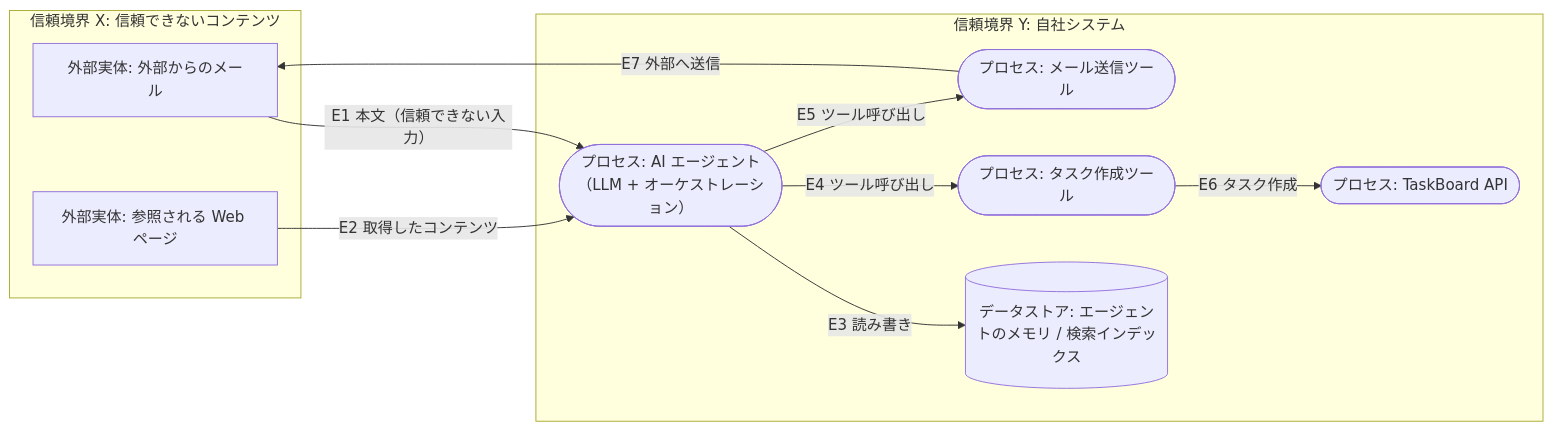
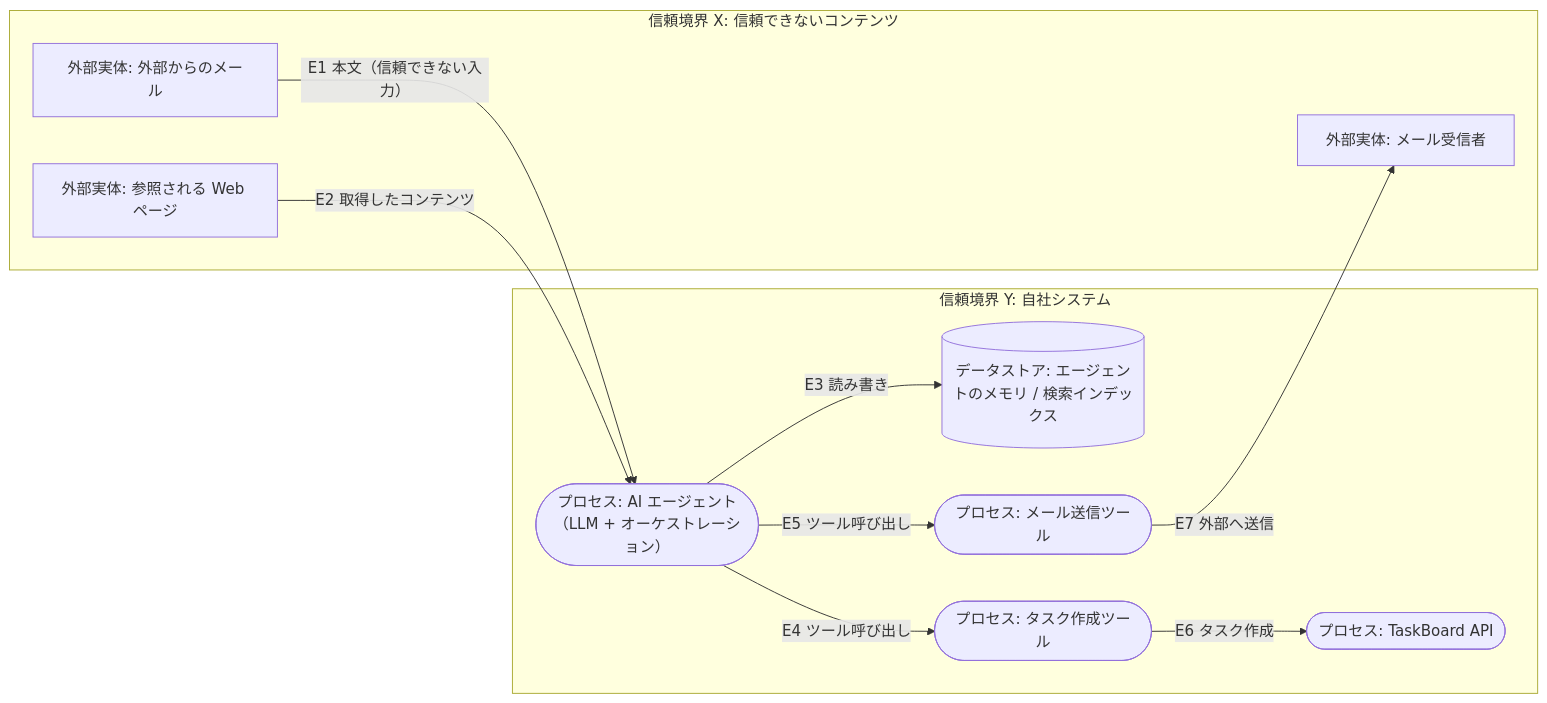
The eighth of 9 diagrams in Threat-modeling-guide.md (myoshi2891/Security_Studies), drawn with Mermaid before and after one commit. The commit also changed 1 other file, not shown here.

Commit message:
docs(threat-modeling): AI外部実体（メール受信者）の整理およびJWT/OIDCライブラリ記述の精緻化

````diff
--- a/Threat-modeling-guide.md
+++ b/Threat-modeling-guide.md
@@ -808,23 +808,24 @@
 ```mermaid
 flowchart LR
     subgraph TBX["信頼境界 X: 信頼できないコンテンツ"]
         EM["外部実体: 外部からのメール"]
         WEB["外部実体: 参照される Web ページ"]
+        RCPT["外部実体: メール受信者"]
     end
 
     subgraph TBY["信頼境界 Y: 自社システム"]
         AG(["プロセス: AI エージェント<br/>（LLM + オーケストレーション）"])
         MEM[("データストア: エージェントのメモリ / 検索インデックス")]
         TL1(["プロセス: タスク作成ツール"])
         TL2(["プロセス: メール送信ツール"])
         API(["プロセス: TaskBoard API"])
     end
 
     EM -->|"E1 本文（信頼できない入力）"| AG
     WEB -->|"E2 取得したコンテンツ"| AG
     AG -->|"E3 読み書き"| MEM
     AG -->|"E4 ツール呼び出し"| TL1
     AG -->|"E5 ツール呼び出し"| TL2
     TL1 -->|"E6 タスク作成"| API
-    TL2 -->|"E7 外部へ送信"| EM
+    TL2 -->|"E7 外部へ送信"| RCPT
 ```
````
